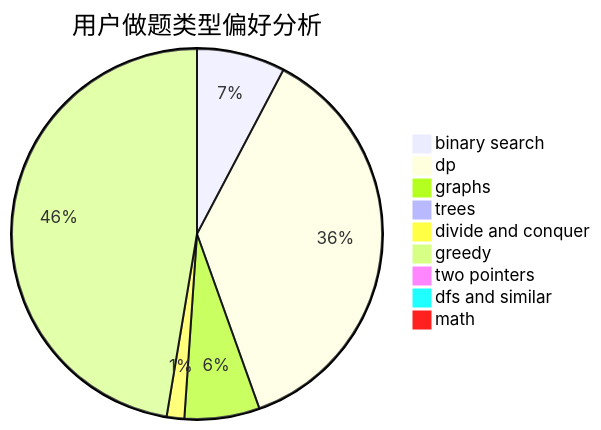
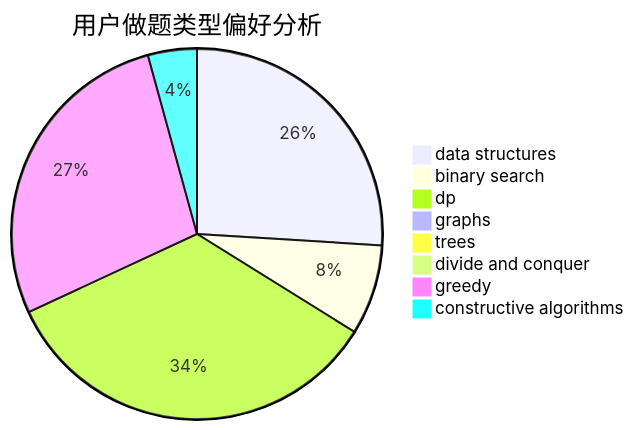
The second of 3 diagrams in docs/user/u1457.md (sherpahu/cfrs.github.io), drawn with Mermaid before and after one commit. The commit also changed other lines of this file and 2775 other files, not shown here.

````diff
--- a/docs/user/u1457.md
+++ b/docs/user/u1457.md
@@ -23,12 +23,11 @@
 ```mermaid
 pie title 用户做题类型偏好分析
+    "data structures" :  548
     "binary search" :  166
-    "dp" :  792
-    "graphs" :  141
-    "trees" :  22
-    "divide and conquer" :  33
-    "greedy" :  1019
-    "two pointers" :  17
-    "dfs and similar" :  14
-    "math" :  14
+    "dp" :  722
+    "graphs" :  14
+    "trees" :  0
+    "divide and conquer" :  21
+    "greedy" :  583
+    "constructive algorithms" :  90
 ```
````
